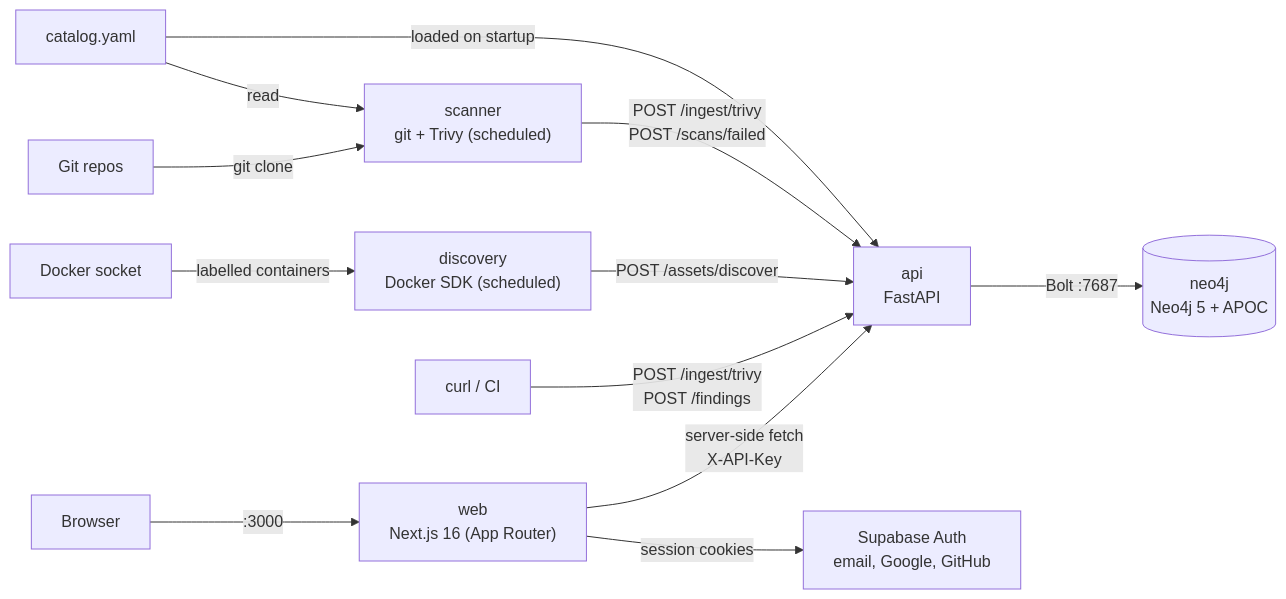
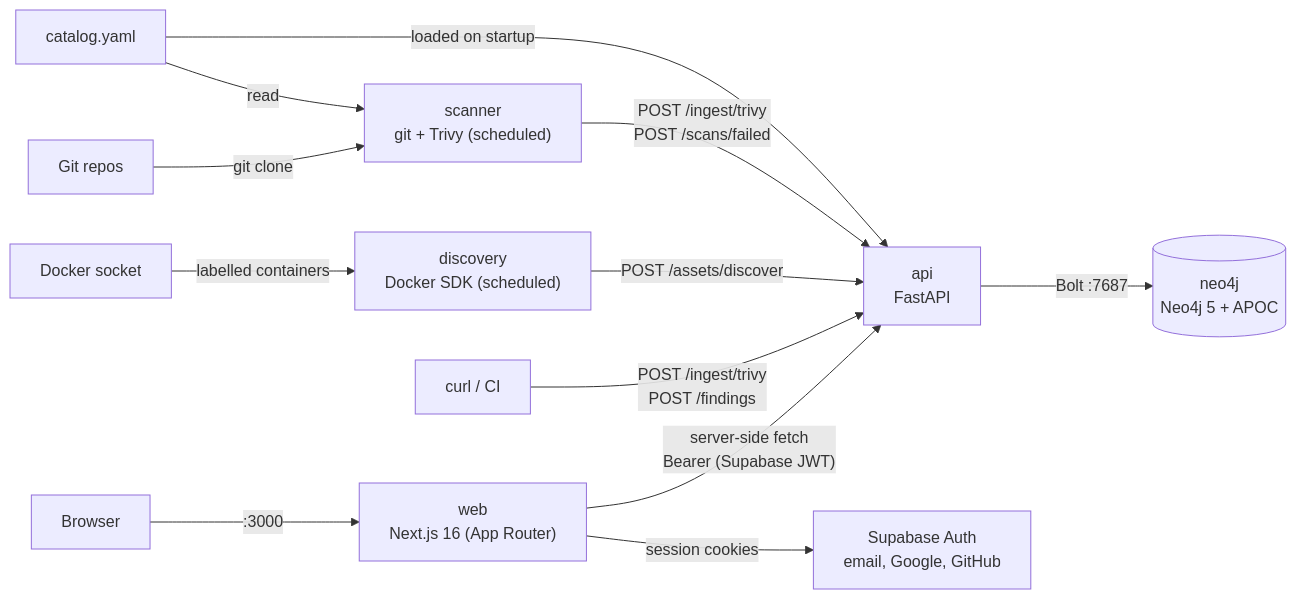
One commit to PatakiSubodh/ASPM changed the diagram in README.md. Above: the diagram before and after it, drawn with Mermaid. The commit also changed other lines of this file, not shown here.

Commit message:
docs: document api jwt auth

````diff
--- a/README.md
+++ b/README.md
@@ -9,14 +9,14 @@
 ```mermaid
 flowchart LR
     catalog["catalog.yaml"] -->|"read"| scanner
     catalog -->|"loaded on startup"| api
     github["Git repos"] -->|"git clone"| scanner
     scanner["scanner<br/>git + Trivy (scheduled)"] -->|"POST /ingest/trivy<br/>POST /scans/failed"| api
     docker["Docker socket"] -->|"labelled containers"| discovery["discovery<br/>Docker SDK (scheduled)"]
     discovery -->|"POST /assets/discover"| api
     manual["curl / CI"] -->|"POST /ingest/trivy<br/>POST /findings"| api
     browser["Browser"] -->|":3000"| web
     web -->|"session cookies"| supabase["Supabase Auth<br/>email, Google, GitHub"]
-    web["web<br/>Next.js 16 (App Router)"] -->|"server-side fetch<br/>X-API-Key"| api
+    web["web<br/>Next.js 16 (App Router)"] -->|"server-side fetch<br/>Bearer (Supabase JWT)"| api
     api["api<br/>FastAPI"] -->|"Bolt :7687"| db[("neo4j<br/>Neo4j 5 + APOC")]
 ```
````
